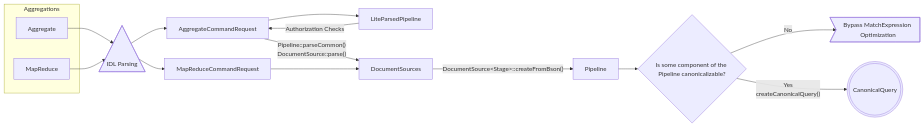
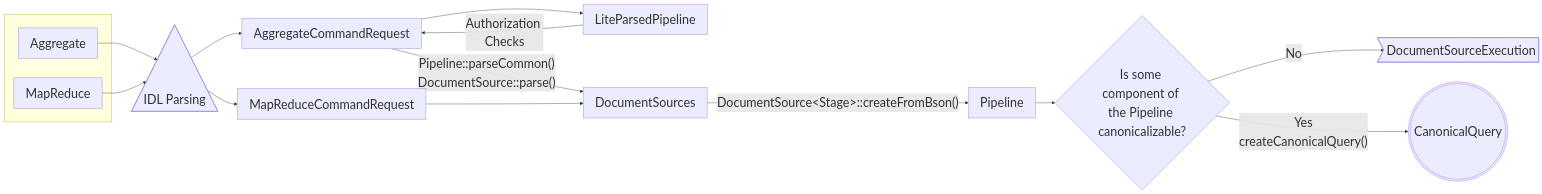
One commit to MitsukiSUGITA/my_mongoDB changed the second of 3 diagrams in src/mongo/db/commands/query_cmd/README.md. Above: the diagram before and after it, drawn with Mermaid. The commit also changed other lines of this file and 8 other files, not shown here.

````diff
--- a/src/mongo/db/commands/query_cmd/README.md
+++ b/src/mongo/db/commands/query_cmd/README.md
@@ -180,22 +183,27 @@
 ```mermaid
+---
+config:
+  themeVariables:
+    fontSize: 32px
+---
 flowchart LR
- subgraph s2["Aggregations"]
+ subgraph s2[" "]
         n4["Aggregate"]
         n5["MapReduce"]
   end
     n4 --> n21["IDL Parsing"]
     n5 --> n21
     n21 --> n22["AggregateCommandRequest"] & n30["MapReduceCommandRequest"]
     n22 --> n23["LiteParsedPipeline"]
     n23 -- Authorization Checks --> n22
     n28["Pipeline"] --> n32["Is some component of the Pipeline canonicalizable?"]
-    n32 -- No --> n33>"Bypass MatchExpression Optimization"]
+    n32 -- No --> n33>"DocumentSourceExecution"]
     n22 -- Pipeline::parseCommon()<br>DocumentSource::parse() --> n31["DocumentSources"]
     n30 --> n31
     n31 -- "DocumentSource&lt;Stage&gt;::createFromBson()" --> n28
     n32 -- "Yes<br>createCanonicalQuery()" --> n17["CanonicalQuery"]
 
     n21@{ shape: extract}
     n32@{ shape: diam}
     n17@{ shape: dbl-circ}
 ```
````
